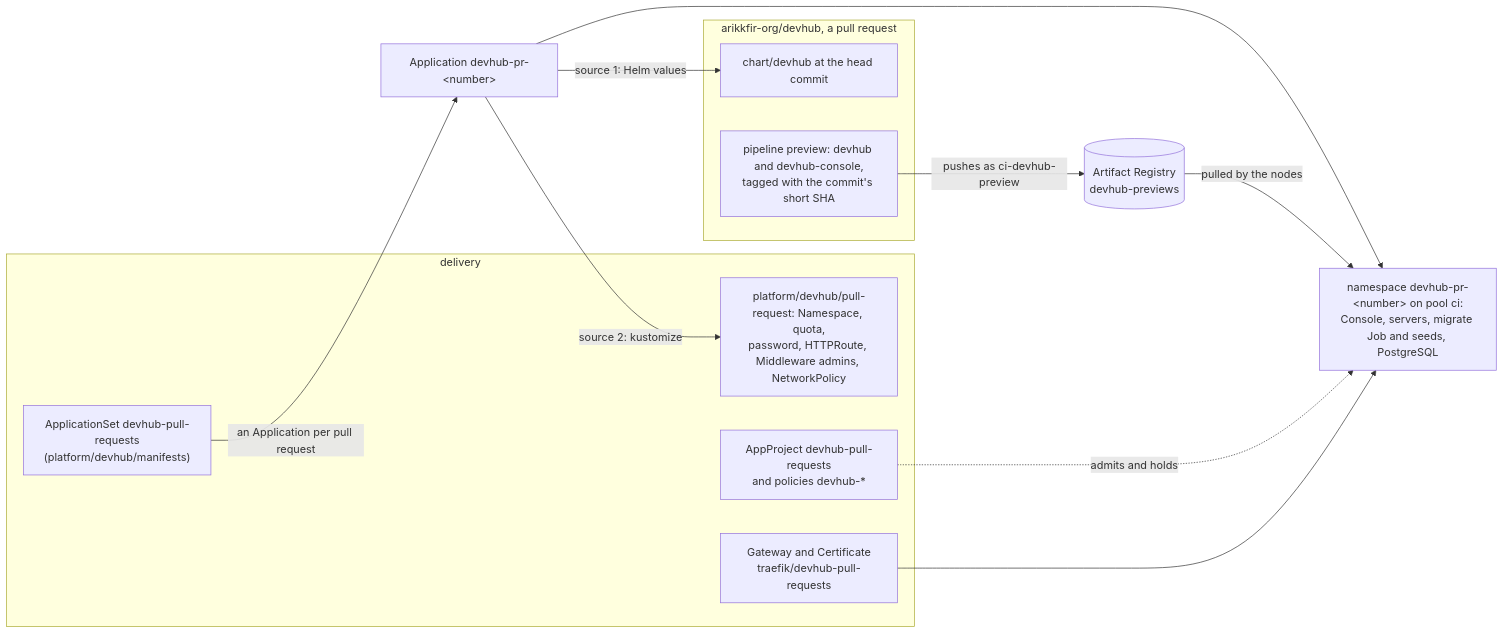
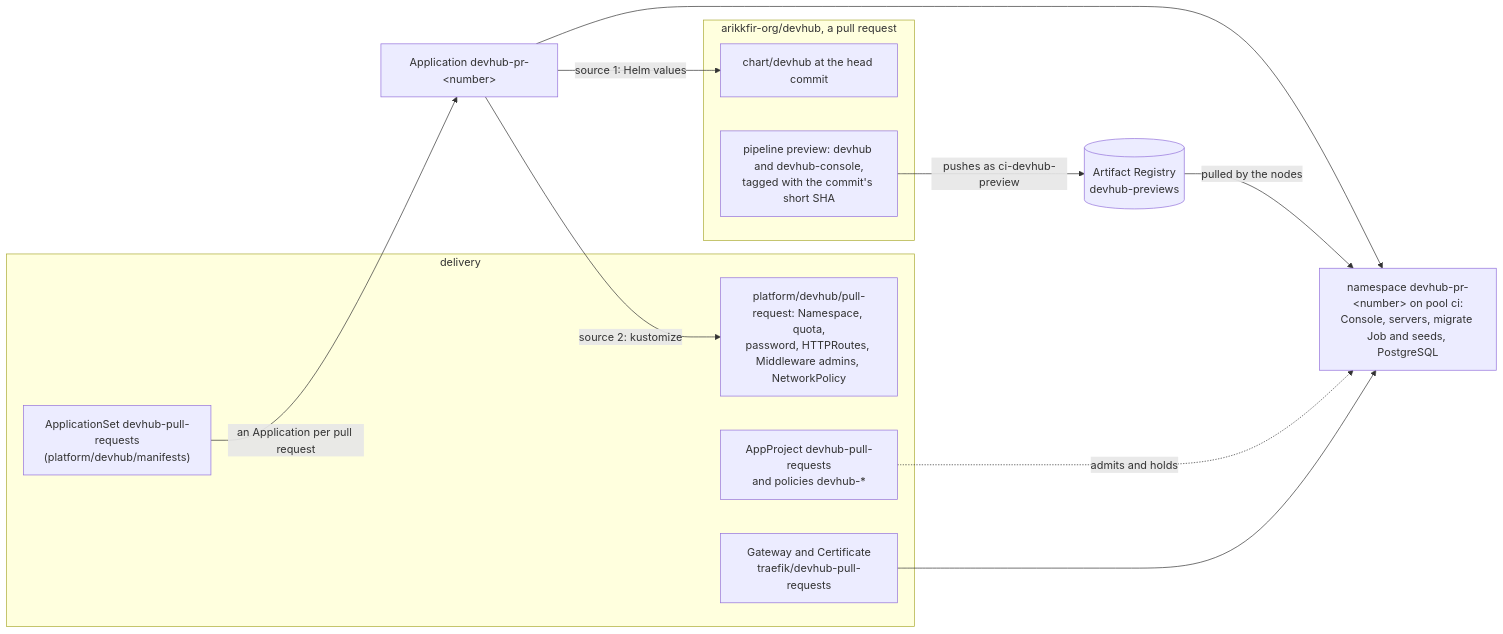
Before and after one commit to arikkfir-org/delivery: the first of 4 diagrams in docs/delivery/designs/devhub-previews.md, drawn with Mermaid. The commit also changed other lines of this file and 5 other files, not shown here.

````diff
--- a/docs/delivery/designs/devhub-previews.md
+++ b/docs/delivery/designs/devhub-previews.md
@@ -11,21 +11,21 @@
 ```mermaid
 flowchart LR
   subgraph devhubrepo["arikkfir-org/devhub, a pull request"]
     Chart["chart/devhub at the head commit"]
     Preview["pipeline preview: devhub and devhub-console,<br/>tagged with the commit's short SHA"]
   end
   subgraph delivery["delivery"]
     Set["ApplicationSet devhub-pull-requests<br/>(platform/devhub/manifests)"]
-    Extras["platform/devhub/pull-request: Namespace, quota,<br/>password, HTTPRoute, Middleware admins, NetworkPolicy"]
+    Extras["platform/devhub/pull-request: Namespace, quota,<br/>password, HTTPRoutes, Middleware admins, NetworkPolicy"]
     Project["AppProject devhub-pull-requests<br/>and policies devhub-*"]
     GW["Gateway and Certificate<br/>traefik/devhub-pull-requests"]
   end
   Preview -- "pushes as ci-devhub-preview" --> Reg[("Artifact Registry<br/>devhub-previews")]
   Set -- "an Application per pull request" --> App["Application devhub-pr-&lt;number&gt;"]
   App -- "source 1: Helm values" --> Chart
   App -- "source 2: kustomize" --> Extras
   App --> NS["namespace devhub-pr-&lt;number&gt; on pool ci:<br/>Console, servers, migrate Job and seeds, PostgreSQL"]
   Reg -- "pulled by the nodes" --> NS
   Project -. "admits and holds" .-> NS
   GW --> NS
 ```
````
